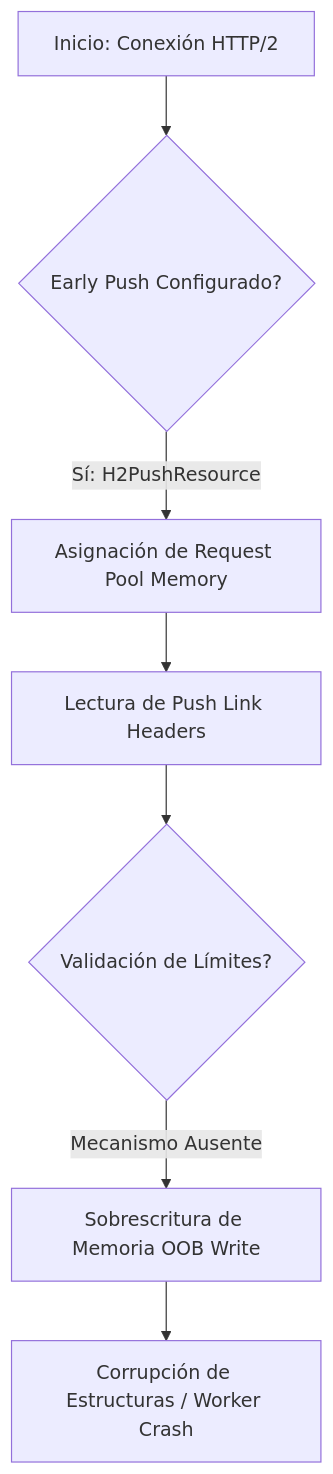
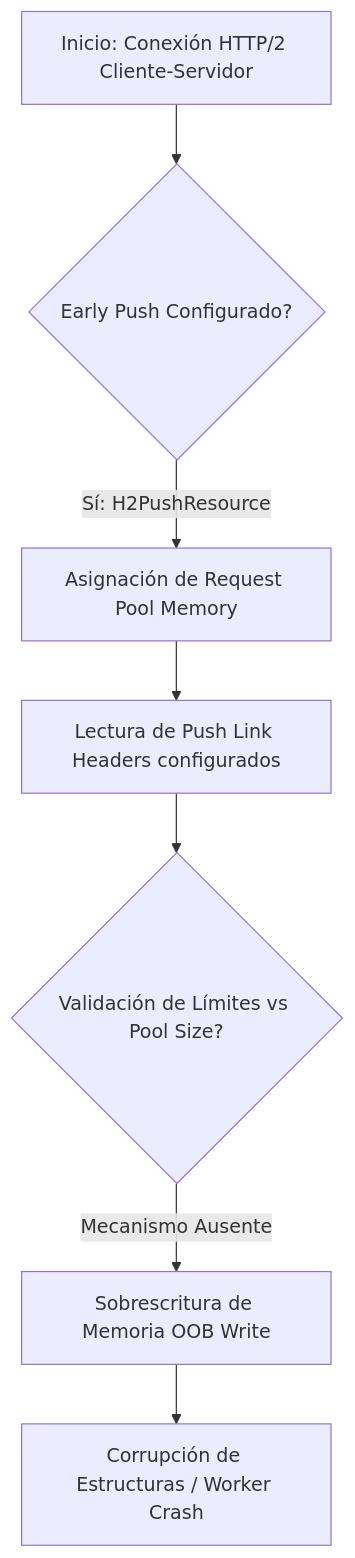
The diagram in vulnerabilities/CVE-2019-10081/advisory.md (j3susangar1ca/plan), drawn with Mermaid before and after one commit. The commit also changed other lines of this file and 1 other file, not shown here.

````diff
--- a/vulnerabilities/CVE-2019-10081/advisory.md
+++ b/vulnerabilities/CVE-2019-10081/advisory.md
@@ -38,9 +56,9 @@
 ```mermaid
 graph TD
-    A[Inicio: Conexión HTTP/2] --> B{Early Push Configurado?}
+    A[Inicio: Conexión HTTP/2 Cliente-Servidor] --> B{Early Push Configurado?}
     B -->|Sí: H2PushResource| C[Asignación de Request Pool Memory]
-    C --> D[Lectura de Push Link Headers]
-    D --> E{Validación de Límites?}
+    C --> D[Lectura de Push Link Headers configurados]
+    D --> E{Validación de Límites vs Pool Size?}
     E -->|Mecanismo Ausente| F[Sobrescritura de Memoria OOB Write]
     F --> G[Corrupción de Estructuras / Worker Crash]
 ```
````
